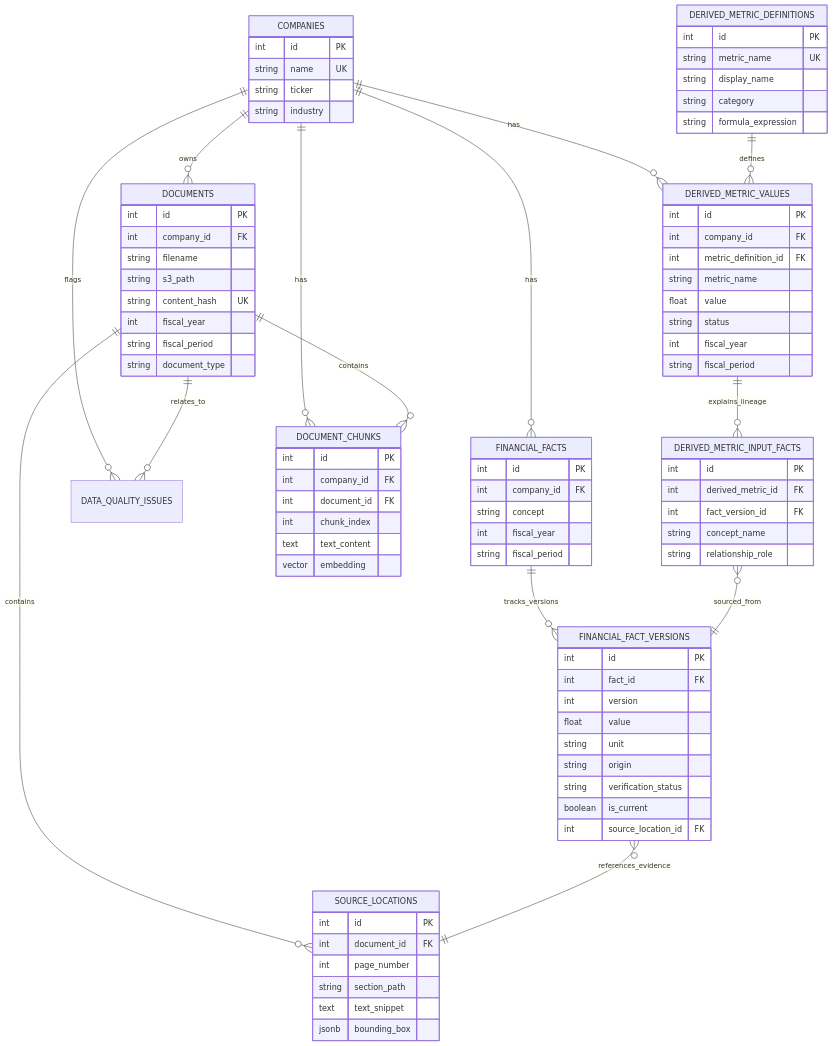
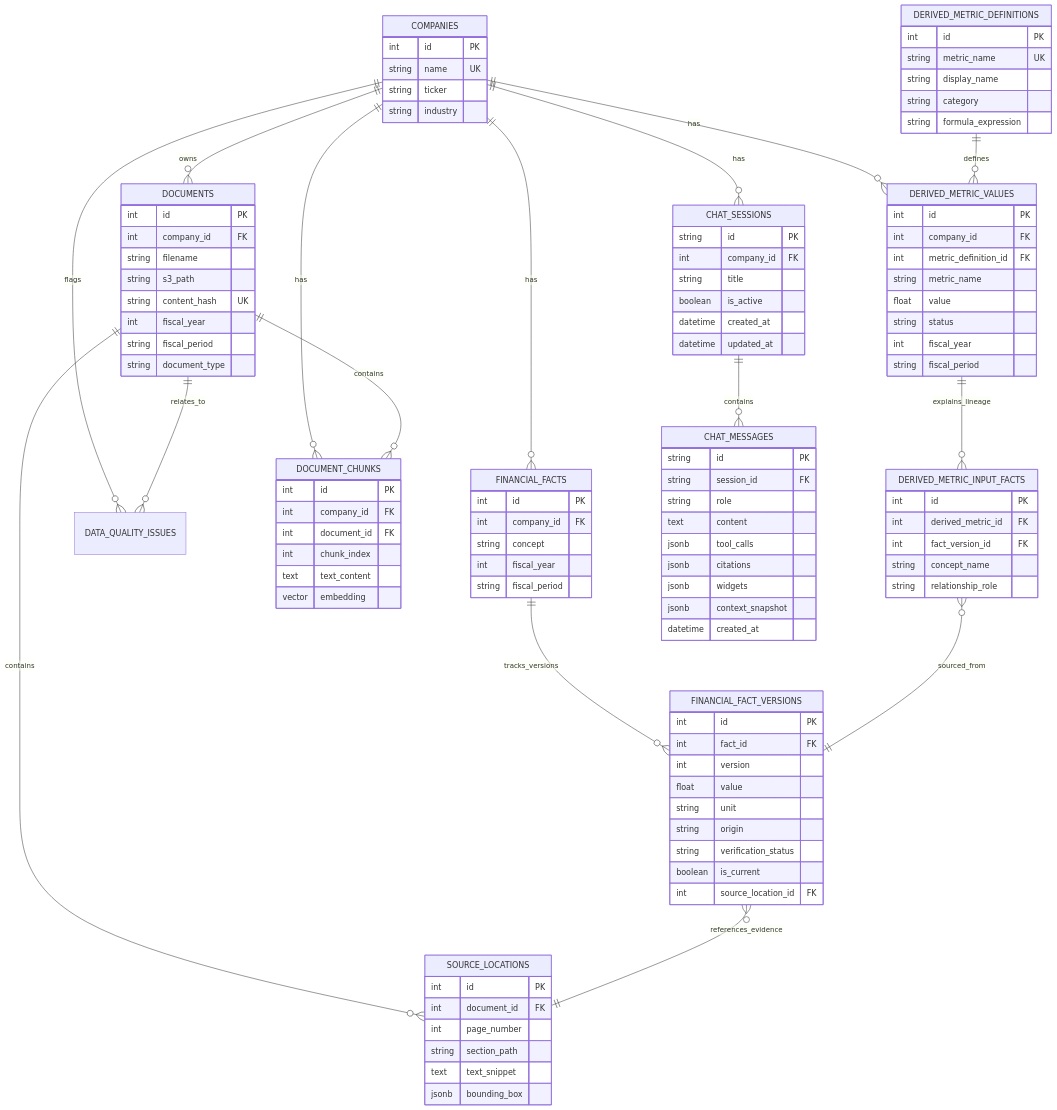
Before and after one commit to PatchFramework/E2E-AI-Engineering-Bootcamp: the sixth of 6 diagrams in apps/api/README.md, drawn with Mermaid. The commit also changed other lines of this file and 1 other file, not shown here.

Commit message:
Update: Document chat history persistence

````diff
--- a/apps/api/README.md
+++ b/apps/api/README.md
@@ -270,6 +270,9 @@
     DERIVED_METRIC_DEFINITIONS ||--o{ DERIVED_METRIC_VALUES : defines
     DERIVED_METRIC_VALUES ||--o{ DERIVED_METRIC_INPUT_FACTS : explains_lineage
     DERIVED_METRIC_INPUT_FACTS }o--|| FINANCIAL_FACT_VERSIONS : sourced_from
+
+    COMPANIES ||--o{ CHAT_SESSIONS : has
+    CHAT_SESSIONS ||--o{ CHAT_MESSAGES : contains
 
     COMPANIES {
         int id PK
@@ -353,4 +356,25 @@
         text text_content
         vector embedding
     }
+
+    CHAT_SESSIONS {
+        string id PK
+        int company_id FK
+        string title
+        boolean is_active
+        datetime created_at
+        datetime updated_at
+    }
+
+    CHAT_MESSAGES {
+        string id PK
+        string session_id FK
+        string role
+        text content
+        jsonb tool_calls
+        jsonb citations
+        jsonb widgets
+        jsonb context_snapshot
+        datetime created_at
+    }
 ```
````
